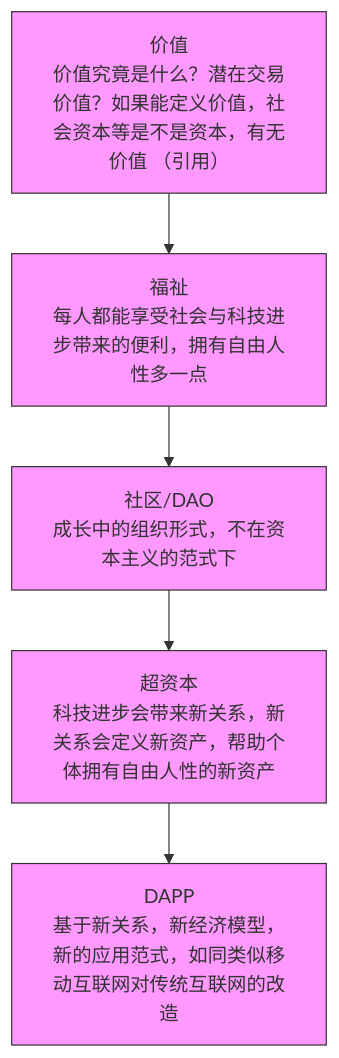
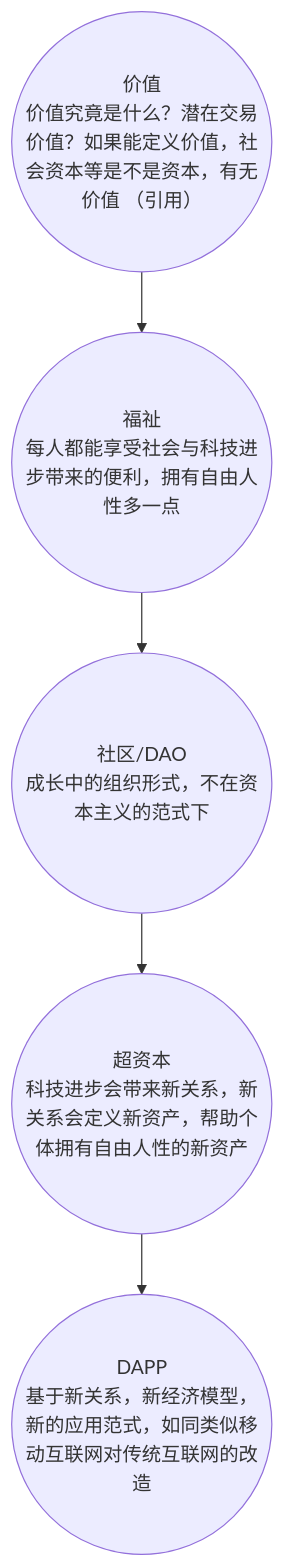
The second of 2 diagrams in protocol/Roadmap.md (AAStarCommunity/AAStar-Infra-Docs), drawn with Mermaid before and after one commit. The commit also changed other lines of this file, not shown here.

Commit message:
circle fix

````diff
--- a/protocol/Roadmap.md
+++ b/protocol/Roadmap.md
@@ -35,9 +33,8 @@
 ```mermaid
 flowchart TD
-    F[价值<br>价值究竟是什么？潜在交易价值？如果能定义价值，社会资本等是不是资本，有无价值 （引用）] --> G[福祉<br>每人都能享受社会与科技进步带来的便利，拥有自由人性多一点]
-    G --> H[社区/DAO<br>成长中的组织形式，不在资本主义的范式下]
-    H --> I[超资本<br>科技进步会带来新关系，新关系会定义新资产，帮助个体拥有自由人性的新资产]
-    I --> J[DAPP<br>基于新关系，新经济模型，新的应用范式，如同类似移动互联网对传统互联网的改造]
-    classDef circle fill:#f9f,stroke:#333,stroke - width:2px,border - radius:50%;
-    class F,G,H,I,J circle
+    F((价值<br>价值究竟是什么？潜在交易价值？如果能定义价值，社会资本等是不是资本，有无价值 （引用）))
+    F --> G((福祉<br>每人都能享受社会与科技进步带来的便利，拥有自由人性多一点))
+    G --> H((社区/DAO<br>成长中的组织形式，不在资本主义的范式下))
+    H --> I((超资本<br>科技进步会带来新关系，新关系会定义新资产，帮助个体拥有自由人性的新资产))
+    I --> J((DAPP<br>基于新关系，新经济模型，新的应用范式，如同类似移动互联网对传统互联网的改造))
 ```    
````
